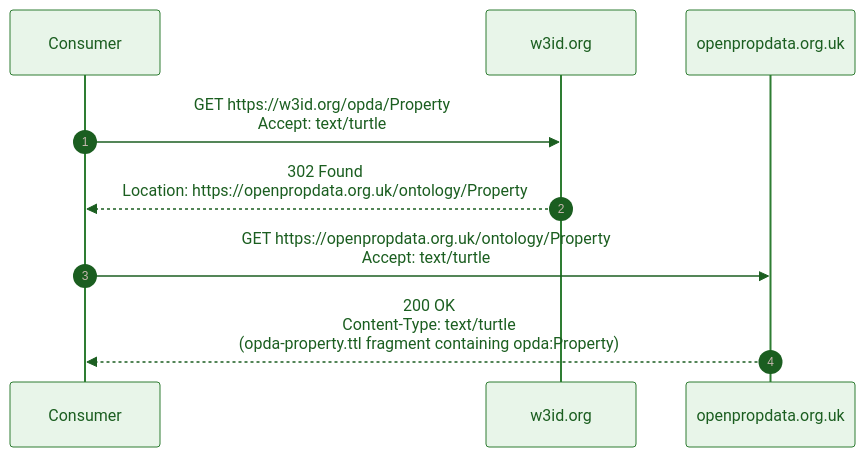
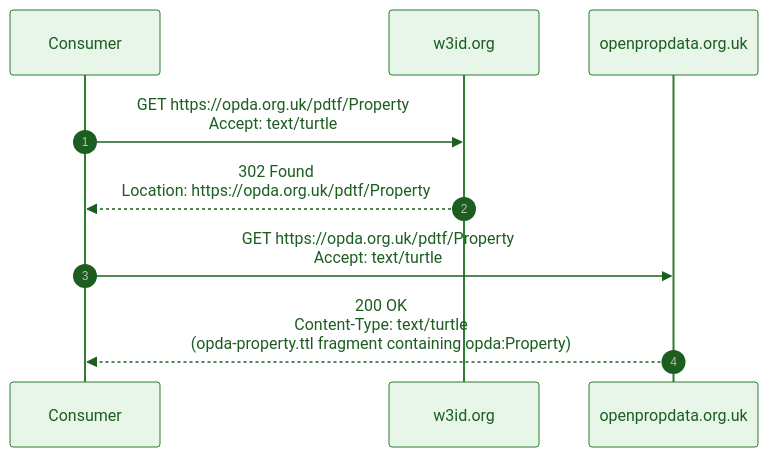
The first of 2 diagrams in docs/manual/physical-database/content-negotiation/README.md (sparkling/opda), drawn with Mermaid before and after one commit. The commit also changed other lines of this file and 98 other files, not shown here.

First line of the commit message:
docs: migrate live IRI references to opda.org.uk/pdtf scheme (swarm)

````diff
--- a/docs/manual/physical-database/content-negotiation/README.md
+++ b/docs/manual/physical-database/content-negotiation/README.md
@@ -12,15 +12,15 @@
 ```mermaid
 %%{init: {"theme": "base", "themeVariables": {"primaryColor": "#E8F5E9", "primaryTextColor": "#1B5E20", "primaryBorderColor": "#2E7D32", "lineColor": "#37474F"}}}%%
 sequenceDiagram
     autonumber
     accTitle: w3id.org redirect chain for ontology dereference
     accDescr: Shows a consumer GETting an OPDA entity at w3id.org, getting a 302 redirect to openpropdata.org.uk, then GETting the redirect target and receiving Turtle.
 
     participant C as Consumer
     participant W as w3id.org
     participant O as openpropdata.org.uk
-    C->>W: GET https://w3id.org/opda/Property<br/>Accept: text/turtle
-    W-->>C: 302 Found<br/>Location: https://openpropdata.org.uk/ontology/Property
-    C->>O: GET https://openpropdata.org.uk/ontology/Property<br/>Accept: text/turtle
+    C->>W: GET https://opda.org.uk/pdtf/Property<br/>Accept: text/turtle
+    W-->>C: 302 Found<br/>Location: https://opda.org.uk/pdtf/Property
+    C->>O: GET https://opda.org.uk/pdtf/Property<br/>Accept: text/turtle
     O-->>C: 200 OK<br/>Content-Type: text/turtle<br/>(opda-property.ttl fragment containing opda:Property)
 ```
````
